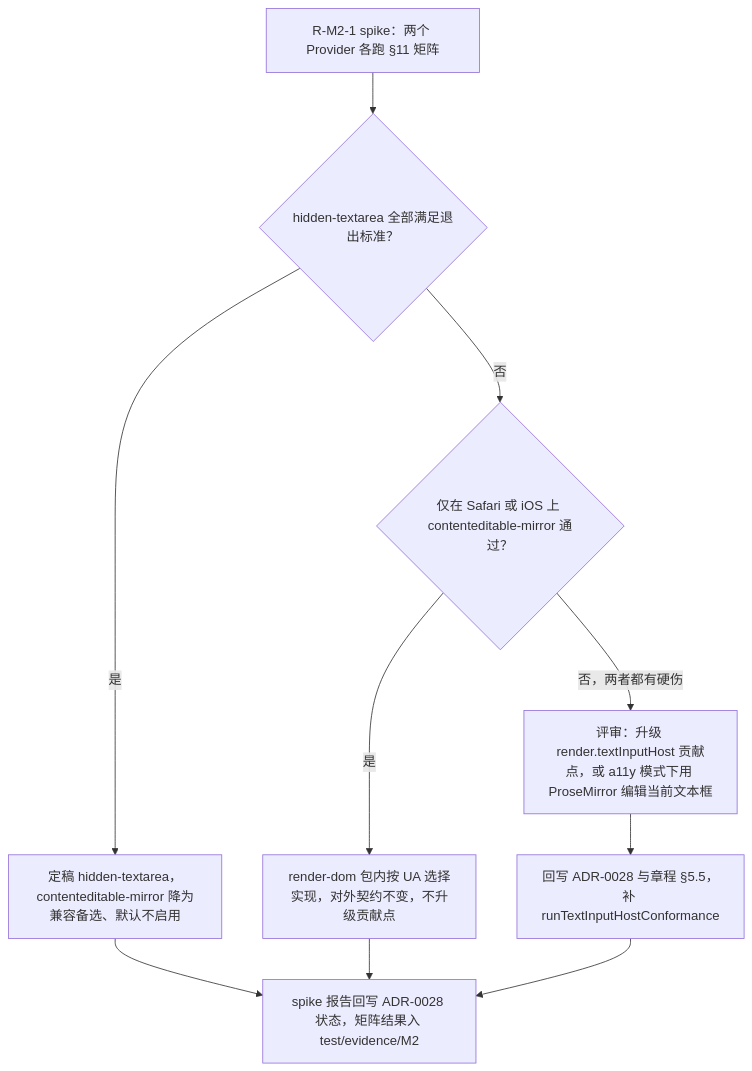
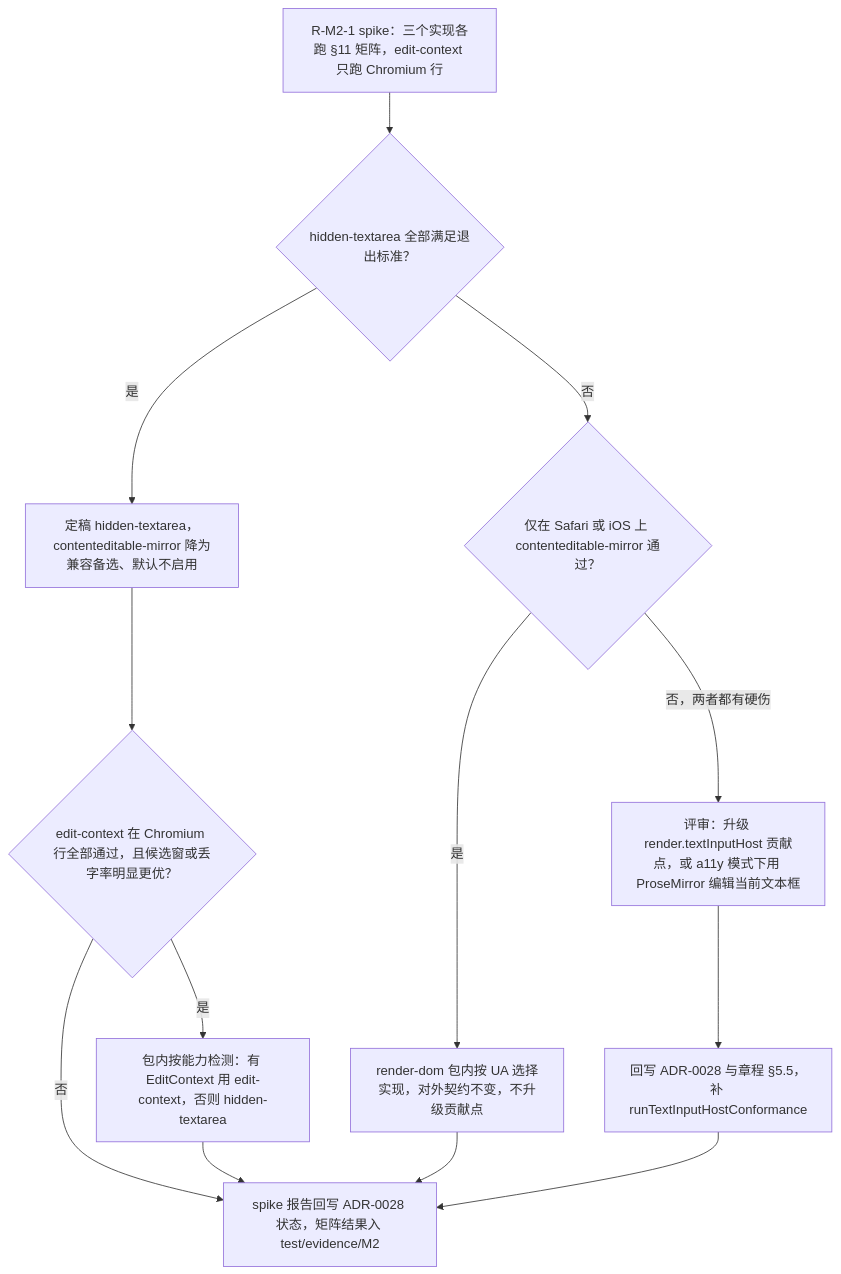
The eighth of 8 diagrams in docs/50-frontend/06-text-editing-and-ime.md (Xeonice/cordis-ppt-editor), drawn with Mermaid before and after one commit. The commit also changed other lines of this file and 22 other files, not shown here.

````diff
--- a/docs/50-frontend/06-text-editing-and-ime.md
+++ b/docs/50-frontend/06-text-editing-and-ime.md
@@ -352,12 +469,15 @@
 ```mermaid
 flowchart TB
-  run["R-M2-1 spike：两个 Provider 各跑 §11 矩阵"] --> ok{"hidden-textarea 全部满足退出标准？"}
+  run["R-M2-1 spike：三个实现各跑 §11 矩阵，edit-context 只跑 Chromium 行"] --> ok{"hidden-textarea 全部满足退出标准？"}
   ok -- "是" --> keep["定稿 hidden-textarea，contenteditable-mirror 降为兼容备选、默认不启用"]
   ok -- "否" --> only{"仅在 Safari 或 iOS 上 contenteditable-mirror 通过？"}
   only -- "是" --> ua["render-dom 包内按 UA 选择实现，对外契约不变，不升级贡献点"]
   only -- "否，两者都有硬伤" --> review["评审：升级 render.textInputHost 贡献点，或 a11y 模式下用 ProseMirror 编辑当前文本框"]
   review --> adr["回写 ADR-0028 与章程 §5.5，补 runTextInputHostConformance"]
-  keep --> report["spike 报告回写 ADR-0028 状态，矩阵结果入 test/evidence/M2"]
+  keep --> ec{"edit-context 在 Chromium 行全部通过，且候选窗或丢字率明显更优？"}
+  ec -- "是" --> cap["包内按能力检测：有 EditContext 用 edit-context，否则 hidden-textarea"]
+  ec -- "否" --> report["spike 报告回写 ADR-0028 状态，矩阵结果入 test/evidence/M2"]
+  cap --> report
   ua --> report
   adr --> report
 ```
````
